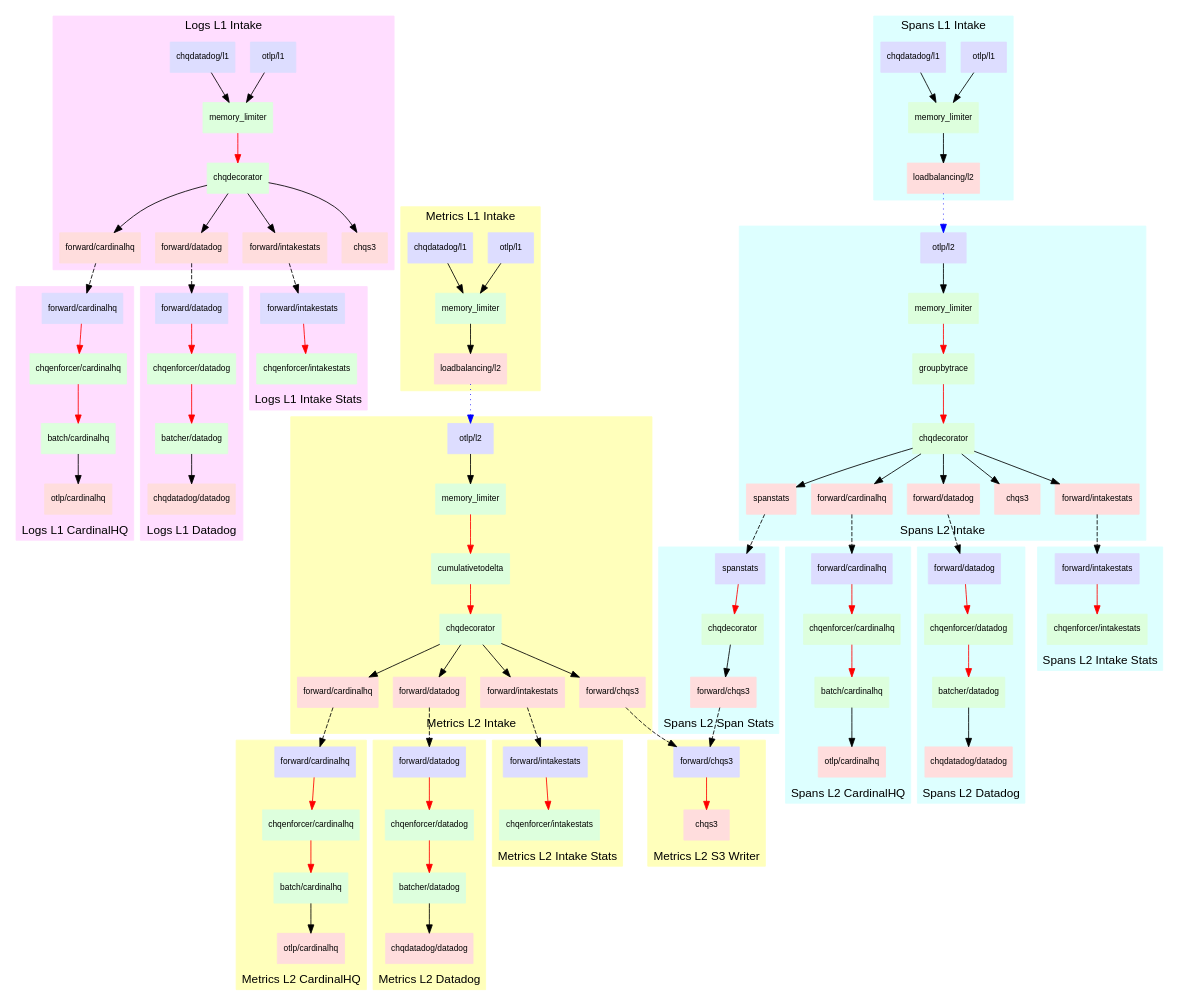
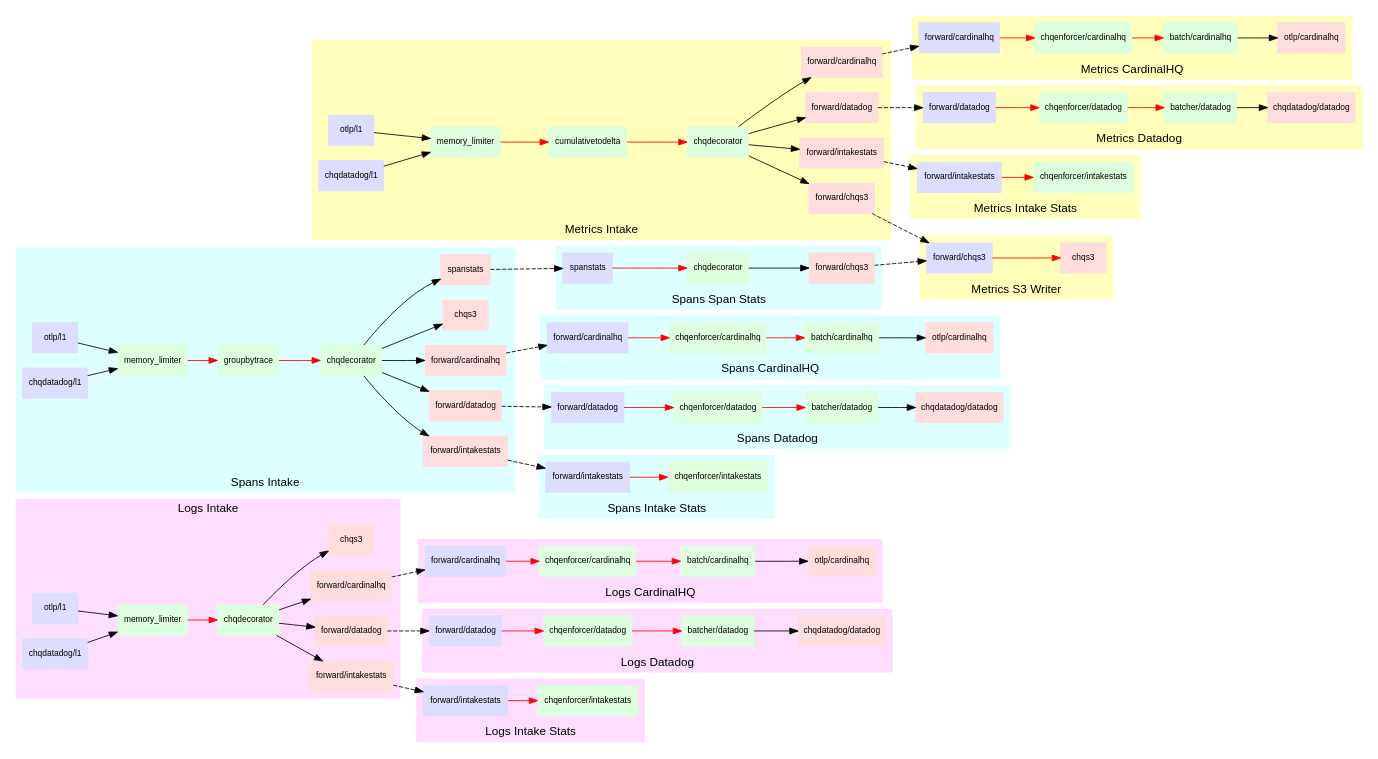
Before and after one commit to cardinalhq/cardinalhq-otel-collector: the diagram in docs/flow/flow.dot, drawn with Graphviz. The commit also changed 2 other files, not shown here.

Commit message:
update internal graph for lx-mode

```diff
--- a/docs/flow/flow.dot
+++ b/docs/flow/flow.dot
@@ -13,7 +13,7 @@
 # limitations under the License.
 
 digraph G {
-    rankdir=TB;
+    rankdir=LR;
     fontname="Arial";
     node [
         shape=box
@@ -26,7 +26,7 @@
 		style=filled;
 		color="#ffddff";
 		node [style=filled,color=white];
-        label="Logs L1 Intake";
+        label="Logs Intake";
 
         c1_receiver_otlp [label="otlp/l1" color="#ddddff"];
         c1_receiver_datadog [label="chqdatadog/l1" color="#ddddff"];
@@ -50,7 +50,7 @@
 		style=filled;
 		color="#ffddff";
 		node [style=filled,color=white];
-        label="Logs L1 CardinalHQ";
+        label="Logs CardinalHQ";
         labelloc="b";
 
         c1_forwarder_cardinalhq -> c2_forwarder_cardinalhq [style=dashed];
@@ -69,7 +69,7 @@
 		style=filled;
 		color="#ffddff";
 		node [style=filled,color=white];
-        label="Logs L1 Datadog";
+        label="Logs Datadog";
         labelloc="b";
 
         c1_forwarder_datadog -> c3_forwarder_datadog [style=dashed];
@@ -88,7 +88,7 @@
         style=filled;
         color="#ffddff";
         node [style=filled,color=white];
-        label="Logs L1 Intake Stats";
+        label="Logs Intake Stats";
         labelloc="b";
 
         c1_forwarder_stats -> c100_forwarder_stats [style=dashed];
@@ -98,34 +98,17 @@
 
         c100_forwarder_stats -> c100_chqenforcer_stats [color=red];
     }
-    
-    subgraph cluster_100 {
+        
+    subgraph cluster_200 { 
 		style=filled;
 		color="#ffffbb";
 		node [style=filled,color=white];
-        label="Metrics L1 Intake";
+        label="Metrics Intake";
+        labelloc="b";
         
         c100_receiver_otlp [label="otlp/l1" color="#ddddff"];
         c100_receiver_datadog [label="chqdatadog/l1" color="#ddddff"];
         c100_memory_limiter [label="memory_limiter" color="#ddffdd"];
-        c100_exporter_loadbalance [label="loadbalancing/l2" color="#ffdddd"];
-        
-        c100_receiver_datadog -> c100_memory_limiter;
-        c100_receiver_otlp -> c100_memory_limiter;
-        c100_memory_limiter -> c100_exporter_loadbalance;
-    }
-    
-    subgraph cluster_200 { 
-		style=filled;
-		color="#ffffbb";
-		node [style=filled,color=white];
-        label="Metrics L2 Intake";
-        labelloc="b";
-        
-        c100_exporter_loadbalance -> c200_receiver_otlp [style=dotted color=blue]
-        
-        c200_receiver_otlp [label="otlp/l2" color="#ddddff"];
-        c200_memory_limiter [label="memory_limiter" color="#ddffdd"];
         c200_cumulativetodelta [label="cumulativetodelta" color="#ddffdd"];
         c200_chqdecorator [label="chqdecorator" color="#ddffdd"];
         c200_forwarder_cardinalhq [label="forward/cardinalhq" color="#ffdddd"];
@@ -133,8 +116,9 @@
         c200_forwarder_stats [label="forward/intakestats" color="#ffdddd"];
         c200_forwarder_chqs3 [label="forward/chqs3" color="#ffdddd"];
 
-        c200_receiver_otlp -> c200_memory_limiter;
-        c200_memory_limiter -> c200_cumulativetodelta [color=red];
+        c100_receiver_datadog -> c100_memory_limiter;
+        c100_receiver_otlp -> c100_memory_limiter;
+        c100_memory_limiter -> c200_cumulativetodelta [color=red];
         c200_cumulativetodelta -> c200_chqdecorator [color=red];
         c200_chqdecorator -> c200_forwarder_cardinalhq;
         c200_chqdecorator -> c200_forwarder_datadog;
@@ -146,7 +130,7 @@
         style=filled;
         color="#ffffbb";
         node [style=filled,color=white];
-        label="Metrics L2 CardinalHQ";
+        label="Metrics CardinalHQ";
         labelloc="b";
 
         c200_forwarder_cardinalhq -> c201_forwarder_cardinalhq [style=dashed];
@@ -165,7 +149,7 @@
         style=filled;
         color="#ffffbb";
         node [style=filled,color=white];
-        label="Metrics L2 Datadog";
+        label="Metrics Datadog";
         labelloc="b";
 
         c200_forwarder_datadog -> c202_forwarder_datadog [style=dashed];
@@ -184,7 +168,7 @@
         style=filled;
         color="#ffffbb";
         node [style=filled,color=white];
-        label="Metrics L2 Intake Stats";
+        label="Metrics Intake Stats";
         labelloc="b";
 
         c200_forwarder_stats -> c203_forwarder_stats [style=dashed];
@@ -199,7 +183,7 @@
         style=filled;
         color="#ffffbb";
         node [style=filled,color=white];
-        label="Metrics L2 S3 Writer";
+        label="Metrics S3 Writer";
         labelloc="b";
 
         c200_forwarder_chqs3 -> c204_forwarder_chqs3 [style=dashed];
@@ -210,33 +194,16 @@
         c204_forwarder_chqs3 -> c204_chqs3 [color=red];
     }
 
-    subgraph cluster_300 {
-        style=filled;
-        color="#ddffff";
-        node [style=filled,color=white];
-        label="Spans L1 Intake";
-        
-        c203_receiver_otlp [label="otlp/l1" color="#ddddff"];
-        c203_receiver_datadog [label="chqdatadog/l1" color="#ddddff"];
-        c203_memory_limiter [label="memory_limiter" color="#ddffdd"];
-        c203_exporter_loadbalance [label="loadbalancing/l2" color="#ffdddd"];
-        
-        c203_receiver_datadog -> c203_memory_limiter;
-        c203_receiver_otlp -> c203_memory_limiter;
-        c203_memory_limiter -> c203_exporter_loadbalance;
-    }
-
     subgraph cluster_400 {
         style=filled;
         color="#ddffff";
         node [style=filled,color=white];
-        label="Spans L2 Intake";
+        label="Spans Intake";
         labelloc="b";
-        
-        c203_exporter_loadbalance -> c400_receiver_otlp [style=dotted color=blue]
-        
-        c400_receiver_otlp [label="otlp/l2" color="#ddddff"];
-        c400_memory_limiter [label="memory_limiter" color="#ddffdd"];
+
+        c203_receiver_otlp [label="otlp/l1" color="#ddddff"];
+        c203_receiver_datadog [label="chqdatadog/l1" color="#ddddff"];
+        c203_memory_limiter [label="memory_limiter" color="#ddffdd"];
         c400_groupbytrace [label="groupbytrace" color="#ddffdd"];
         c400_chqdecorator [label="chqdecorator" color="#ddffdd"];
         c400_forwarder_cardinalhq [label="forward/cardinalhq" color="#ffdddd"];
@@ -245,8 +212,10 @@
         c400_chqs3 [label="chqs3" color="#ffdddd"];
         c400_spanstats [label="spanstats" color="#ffdddd"];
 
-        c400_receiver_otlp -> c400_memory_limiter;
-        c400_memory_limiter -> c400_groupbytrace [color=red];
+        c203_receiver_datadog -> c203_memory_limiter;
+        c203_receiver_otlp -> c203_memory_limiter;
+
+        c203_memory_limiter -> c400_groupbytrace [color=red];
         c400_groupbytrace -> c400_chqdecorator [color=red];
         c400_chqdecorator -> c400_forwarder_cardinalhq;
         c400_chqdecorator -> c400_forwarder_datadog;
@@ -259,7 +228,7 @@
         style=filled;
         color="#ddffff";
         node [style=filled,color=white];
-        label="Spans L2 CardinalHQ";
+        label="Spans CardinalHQ";
         labelloc="b";
 
         c400_forwarder_cardinalhq -> c401_forwarder_cardinalhq [style=dashed];
@@ -278,7 +247,7 @@
         style=filled;
         color="#ddffff";
         node [style=filled,color=white];
-        label="Spans L2 Datadog";
+        label="Spans Datadog";
         labelloc="b";
 
         c400_forwarder_datadog -> c402_forwarder_datadog [style=dashed];
@@ -297,7 +266,7 @@
         style=filled;
         color="#ddffff";
         node [style=filled,color=white];
-        label="Spans L2 Intake Stats";
+        label="Spans Intake Stats";
         labelloc="b";
 
         c400_forwarder_stats -> c403_forwarder_stats [style=dashed];
@@ -312,7 +281,7 @@
         style=filled;
         color="#ddffff";
         node [style=filled,color=white];
-        label="Spans L2 Span Stats";
+        label="Spans Span Stats";
         labelloc="b";
 
         c400_spanstats -> c404_spanstats [style=dashed];
```
